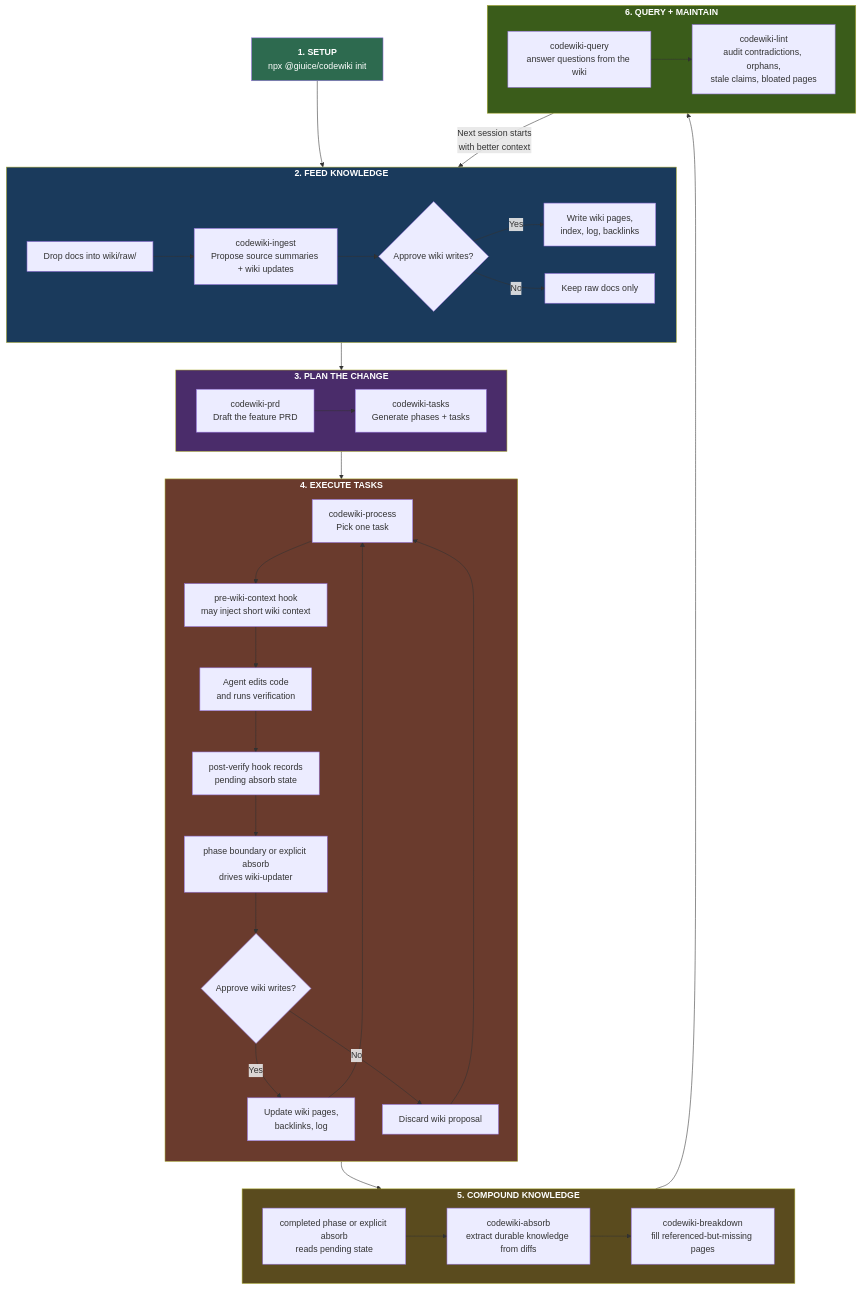
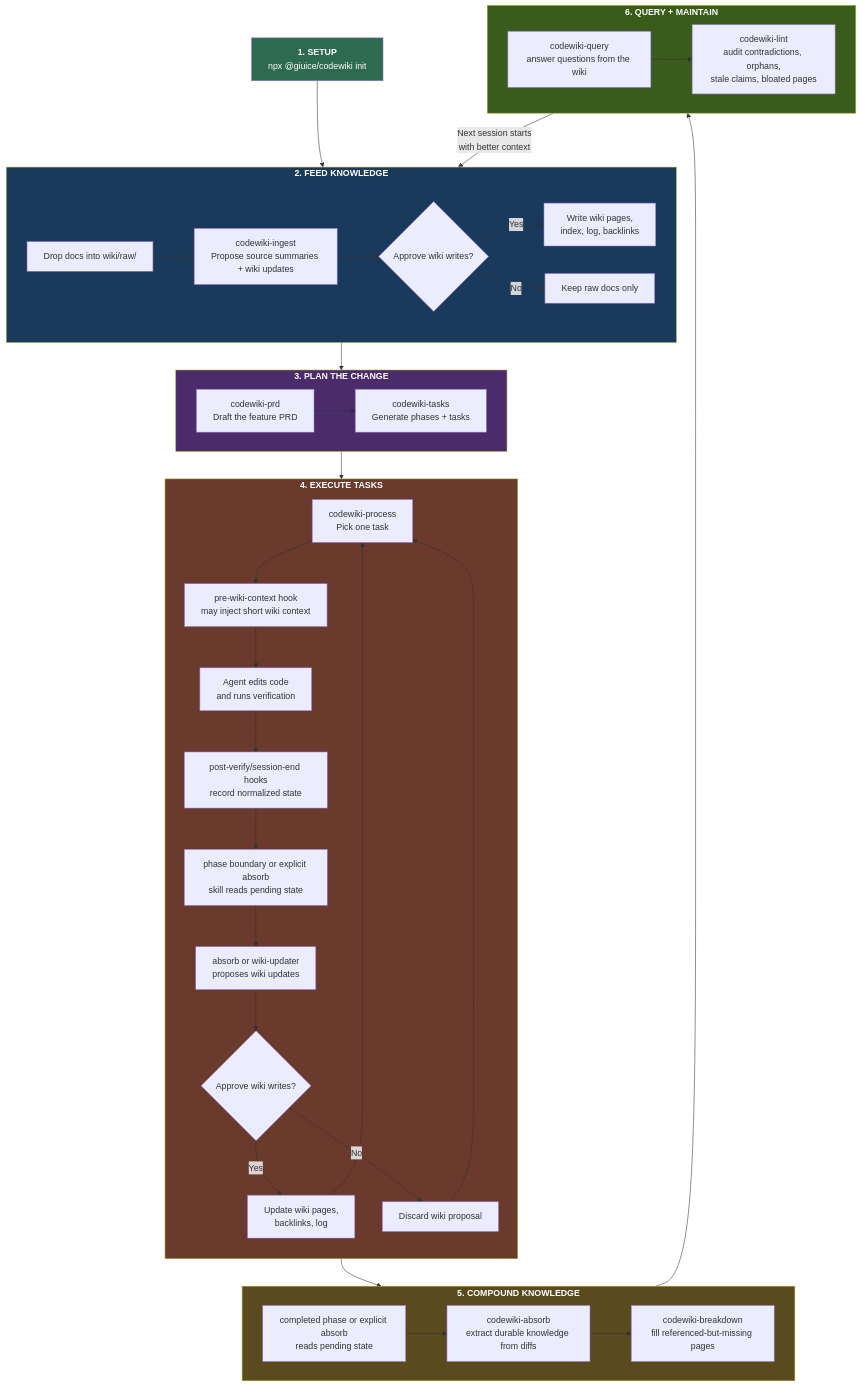
The first of 2 diagrams in README.md (giuice/CodeWiki), drawn with Mermaid before and after one commit. The commit also changed other lines of this file and 44 other files, not shown here.

````diff
--- a/README.md
+++ b/README.md
@@ -27,58 +29,59 @@
 ```mermaid
 flowchart TD
   Init["<b>1. SETUP</b><br/>npx @giuice/codewiki init"] --> Feed
 
   subgraph Feed["<b>2. FEED KNOWLEDGE</b>"]
     direction LR
     F1["Drop docs into wiki/raw/"] --> F2["codewiki-ingest<br/>Propose source summaries + wiki updates"]
     F2 --> F3{"Approve wiki writes?"}
     F3 -- "Yes" --> F4["Write wiki pages,<br/>index, log, backlinks"]
     F3 -- "No" --> F5["Keep raw docs only"]
   end
 
   Feed --> Plan
 
   subgraph Plan["<b>3. PLAN THE CHANGE</b>"]
     direction LR
     P1["codewiki-prd<br/>Draft the feature PRD"] --> P2["codewiki-tasks<br/>Generate phases + tasks"]
   end
 
   Plan --> Build
 
   subgraph Build["<b>4. EXECUTE TASKS</b>"]
     direction TB
     B1["codewiki-process<br/>Pick one task"] --> B2["pre-wiki-context hook<br/>may inject short wiki context"]
     B2 --> B3["Agent edits code<br/>and runs verification"]
-    B3 --> B4["post-verify hook records<br/>pending absorb state"]
-    B4 --> B5["phase boundary or explicit absorb<br/>drives wiki-updater"]
-    B5 --> B6{"Approve wiki writes?"}
-    B6 -- "Yes" --> B7["Update wiki pages,<br/>backlinks, log"]
-    B6 -- "No" --> B8["Discard wiki proposal"]
-    B7 --> B1
+    B3 --> B4["post-verify/session-end hooks<br/>record normalized state"]
+    B4 --> B5["phase boundary or explicit absorb<br/>skill reads pending state"]
+    B5 --> B6["absorb or wiki-updater<br/>proposes wiki updates"]
+    B6 --> B7{"Approve wiki writes?"}
+    B7 -- "Yes" --> B8["Update wiki pages,<br/>backlinks, log"]
+    B7 -- "No" --> B9["Discard wiki proposal"]
     B8 --> B1
+    B9 --> B1
   end
 
   Build --> Compound
 
   subgraph Compound["<b>5. COMPOUND KNOWLEDGE</b>"]
     direction LR
     C1["completed phase or explicit absorb<br/>reads pending state"] --> C2["codewiki-absorb<br/>extract durable knowledge from diffs"]
     C2 --> C3["codewiki-breakdown<br/>fill referenced-but-missing pages"]
   end
 
   Compound --> Maintain
 
   subgraph Maintain["<b>6. QUERY + MAINTAIN</b>"]
     direction LR
     M1["codewiki-query<br/>answer questions from the wiki"] --> M2["codewiki-lint<br/>audit contradictions, orphans,<br/>stale claims, bloated pages"]
   end
 
   Maintain -->|"Next session starts<br/>with better context"| Feed
 
   style Init fill:#2d6a4f,color:#fff
   style Feed fill:#1a3a5c,color:#fff
   style Plan fill:#4a2c6a,color:#fff
   style Build fill:#6a3b2d,color:#fff
   style Compound fill:#5a4b1e,color:#fff
   style Maintain fill:#3a5c1a,color:#fff
 ```
````
